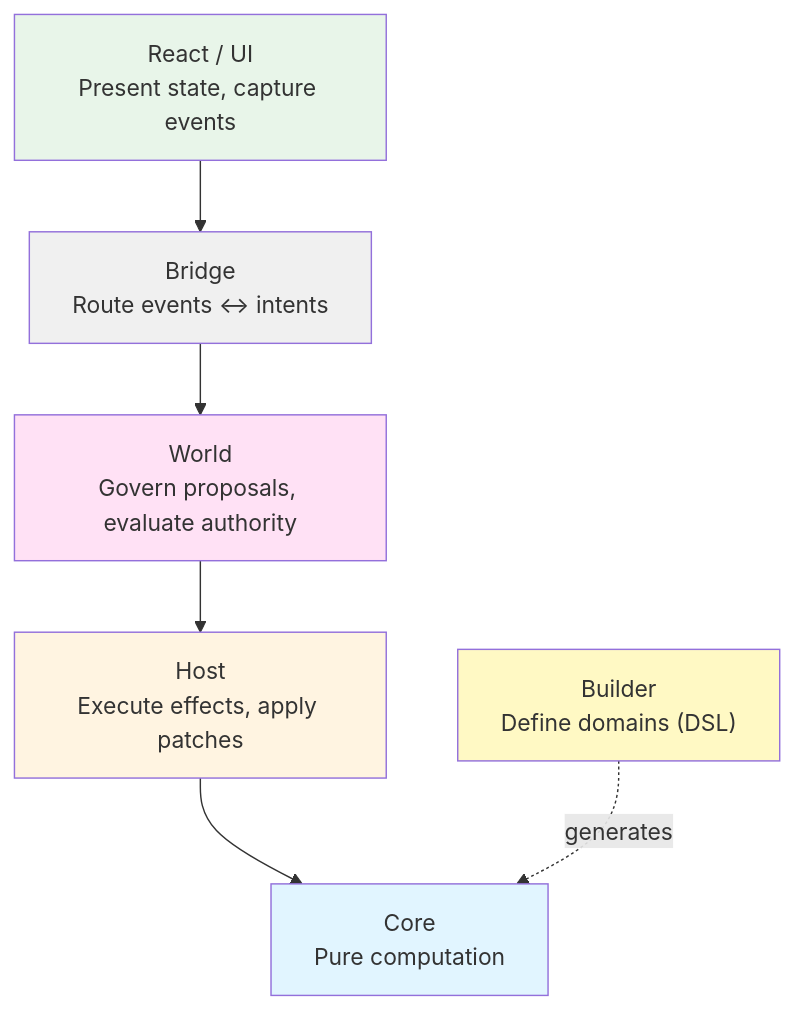
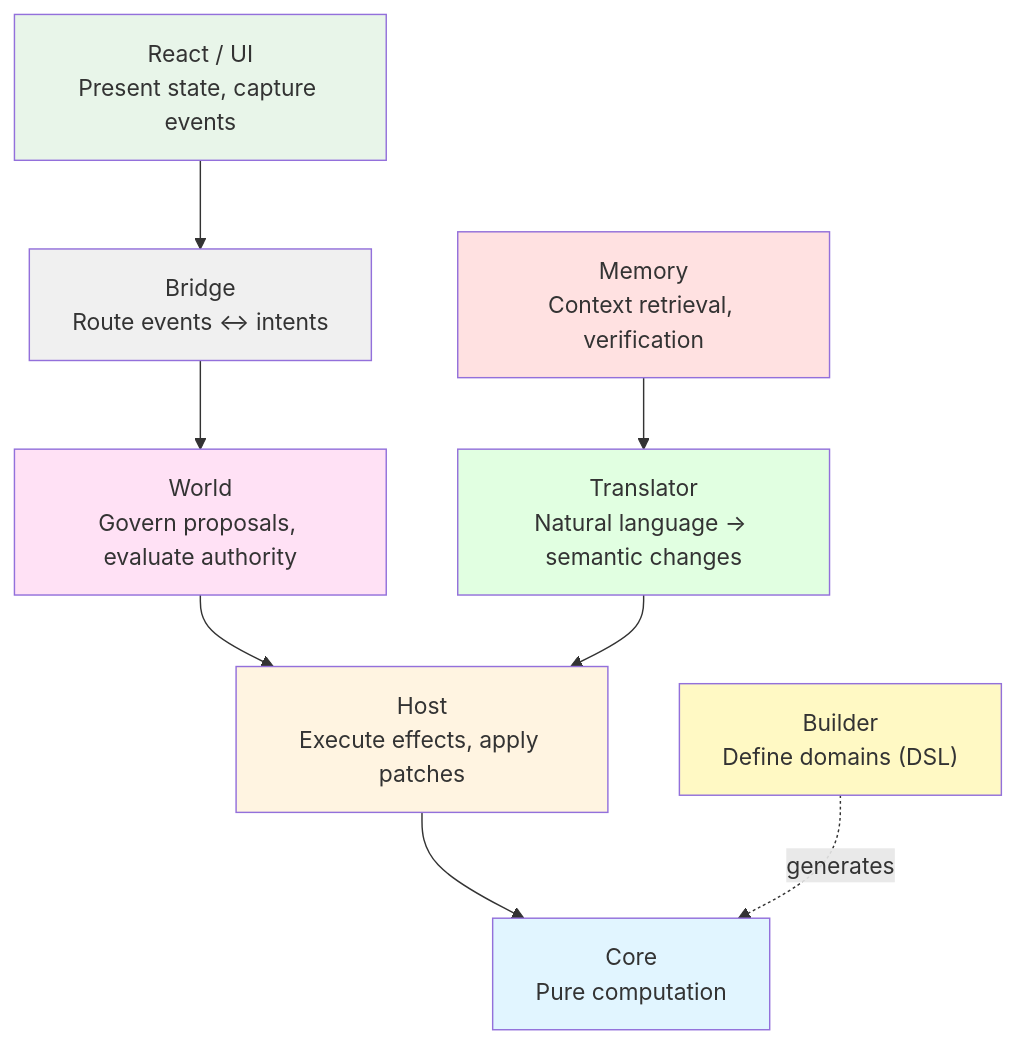
Before and after one commit to manifesto-ai/core: the first of 2 diagrams in docs/index.md, drawn with Mermaid. The commit also changed other lines of this file and 10 other files, not shown here.

First line of the commit message:
docs: add memory and translator package docs

````diff
--- a/docs/index.md
+++ b/docs/index.md
@@ -282,22 +282,28 @@
 ```mermaid
 graph TD
     React["React / UI<br/>Present state, capture events"]
     Bridge["Bridge<br/>Route events ↔ intents"]
     World["World<br/>Govern proposals, evaluate authority"]
     Host["Host<br/>Execute effects, apply patches"]
     Core["Core<br/>Pure computation"]
     Builder["Builder<br/>Define domains (DSL)"]
+    Translator["Translator<br/>Natural language → semantic changes"]
+    Memory["Memory<br/>Context retrieval, verification"]
 
     React --> Bridge
     Bridge --> World
     World --> Host
     Host --> Core
     Builder -.generates.-> Core
+    Translator --> Host
+    Memory --> Translator
 
     style Core fill:#e1f5ff
     style Host fill:#fff4e1
     style World fill:#ffe1f5
     style Bridge fill:#f0f0f0
     style React fill:#e8f5e9
     style Builder fill:#fff9c4
+    style Translator fill:#e1ffe1
+    style Memory fill:#ffe1e1
 ```
````
